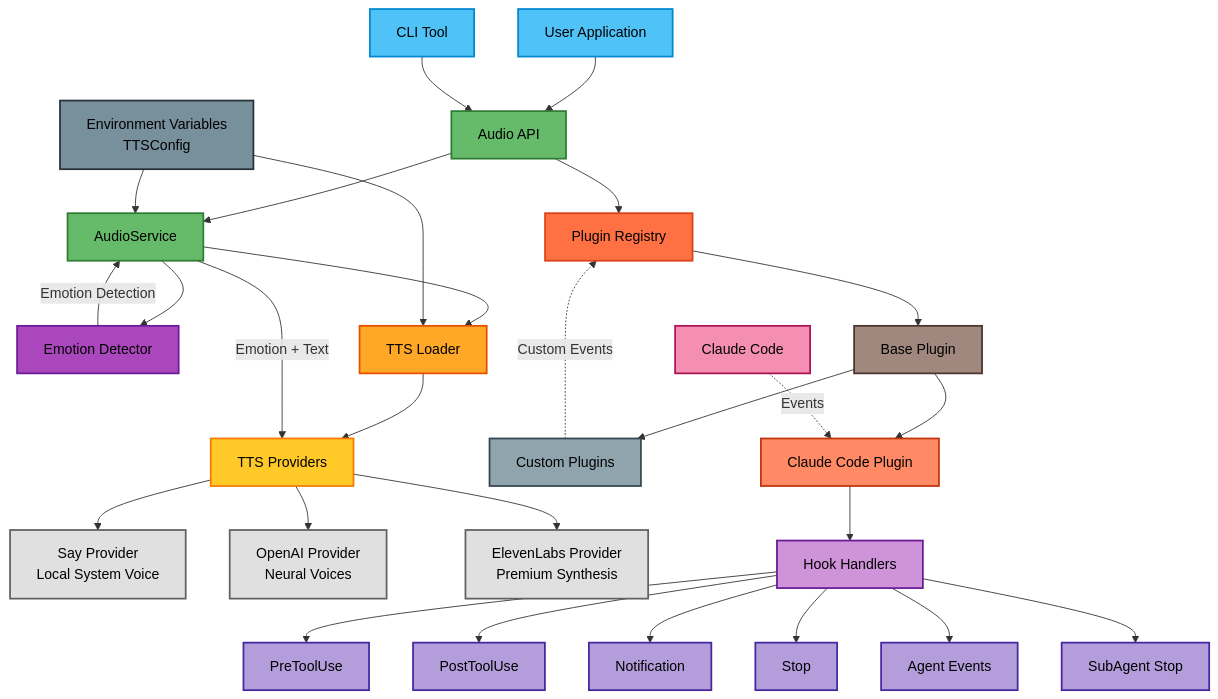
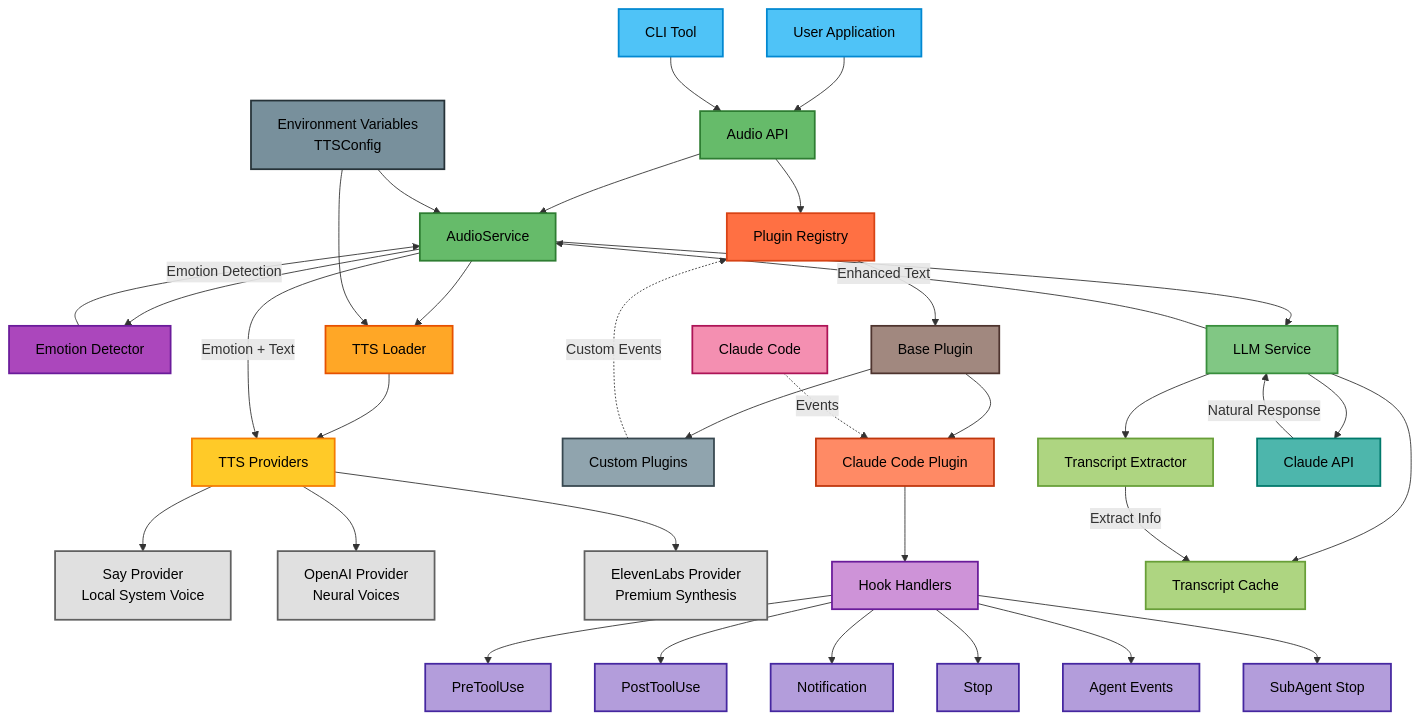
Before and after one commit to neekware/eh-aye-stts: the diagram in docs/architecture-flow.md, drawn with Mermaid. The commit also changed other lines of this file and 3 other files, not shown here.

````diff
--- a/docs/architecture-flow.md
+++ b/docs/architecture-flow.md
@@ -3,68 +3,81 @@
 ```mermaid
 graph TB
     %% User Entry Points
     User[User Application] --> API[Audio API]
     CLI[CLI Tool] --> API
 
     %% Core Audio API
     API --> AS[AudioService]
     AS --> ED[Emotion Detector]
     AS --> TL[TTS Loader]
+    AS --> LLM[LLM Service]
 
     %% TTS System
     TL --> TP[TTS Providers]
     TP --> Say[Say Provider<br/>Local System Voice]
     TP --> OAI[OpenAI Provider<br/>Neural Voices]
     TP --> EL[ElevenLabs Provider<br/>Premium Synthesis]
 
     %% Plugin System
     API --> PR[Plugin Registry]
     PR --> BP[Base Plugin]
     BP --> CP[Custom Plugins]
     BP --> CCP[Claude Code Plugin]
 
     %% Claude Code Integration
     CCP --> Hooks[Hook Handlers]
     Hooks --> PTU[PreToolUse]
     Hooks --> PSTU[PostToolUse]
     Hooks --> Not[Notification]
     Hooks --> Stop[Stop]
     Hooks --> Agent[Agent Events]
     Hooks --> SubAgent[SubAgent Stop]
 
     %% Event Flow
     CC[Claude Code] -.->|Events| CCP
     CP -.->|Custom Events| PR
 
     %% Emotion Flow
     ED --> |Emotion Detection| AS
     AS --> |Emotion + Text| TP
 
+    %% LLM Integration
+    LLM --> TC[Transcript Cache]
+    LLM --> TE[Transcript Extractor]
+    LLM --> Claude[Claude API]
+    TE --> |Extract Info| TC
+    Claude --> |Natural Response| LLM
+    LLM --> |Enhanced Text| AS
+
     %% Configuration
     Config[Environment Variables<br/>TTSConfig] --> AS
     Config --> TL
 
     style User fill:#4fc3f7,stroke:#0288d1,stroke-width:2px,color:#000
     style CLI fill:#4fc3f7,stroke:#0288d1,stroke-width:2px,color:#000
     style API fill:#66bb6a,stroke:#2e7d32,stroke-width:2px,color:#000
     style AS fill:#66bb6a,stroke:#2e7d32,stroke-width:2px,color:#000
     style ED fill:#ab47bc,stroke:#6a1b9a,stroke-width:2px,color:#000
     style TL fill:#ffa726,stroke:#e65100,stroke-width:2px,color:#000
     style TP fill:#ffca28,stroke:#f57c00,stroke-width:2px,color:#000
     style Say fill:#e0e0e0,stroke:#616161,stroke-width:2px,color:#000
     style OAI fill:#e0e0e0,stroke:#616161,stroke-width:2px,color:#000
     style EL fill:#e0e0e0,stroke:#616161,stroke-width:2px,color:#000
     style PR fill:#ff7043,stroke:#d84315,stroke-width:2px,color:#000
     style BP fill:#a1887f,stroke:#4e342e,stroke-width:2px,color:#000
     style CP fill:#90a4ae,stroke:#37474f,stroke-width:2px,color:#000
     style CCP fill:#ff8a65,stroke:#bf360c,stroke-width:2px,color:#000
     style CC fill:#f48fb1,stroke:#ad1457,stroke-width:2px,color:#000
     style Config fill:#78909c,stroke:#263238,stroke-width:2px,color:#000
     style Hooks fill:#ce93d8,stroke:#6a1b9a,stroke-width:2px,color:#000
     style PTU fill:#b39ddb,stroke:#4527a0,stroke-width:2px,color:#000
     style PSTU fill:#b39ddb,stroke:#4527a0,stroke-width:2px,color:#000
     style Not fill:#b39ddb,stroke:#4527a0,stroke-width:2px,color:#000
     style Stop fill:#b39ddb,stroke:#4527a0,stroke-width:2px,color:#000
     style Agent fill:#b39ddb,stroke:#4527a0,stroke-width:2px,color:#000
     style SubAgent fill:#b39ddb,stroke:#4527a0,stroke-width:2px,color:#000
+    style LLM fill:#81c784,stroke:#388e3c,stroke-width:2px,color:#000
+    style TC fill:#aed581,stroke:#689f38,stroke-width:2px,color:#000
+    style TE fill:#aed581,stroke:#689f38,stroke-width:2px,color:#000
+    style Claude fill:#4db6ac,stroke:#00796b,stroke-width:2px,color:#000
 ```
````
